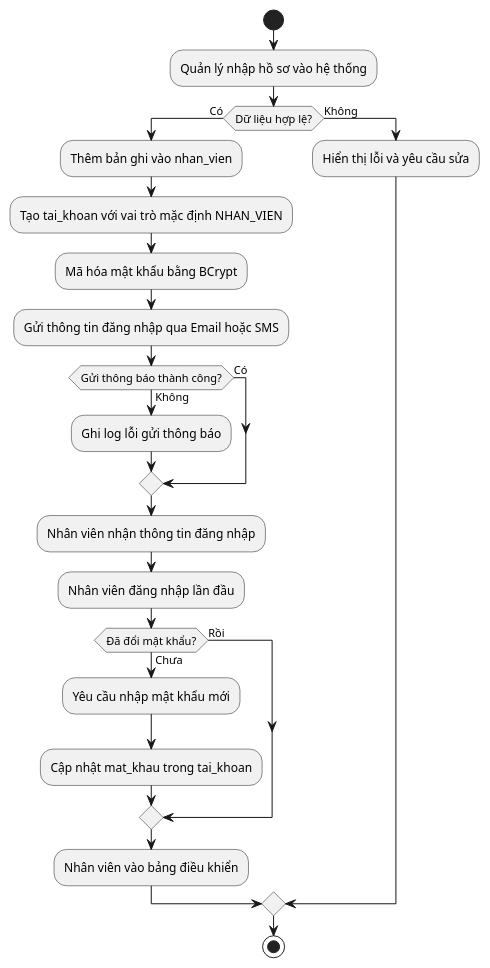
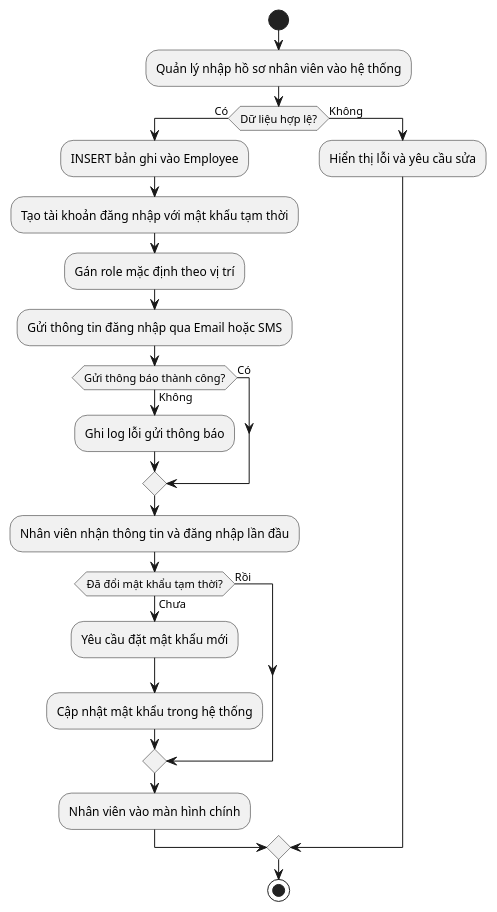
The third of 4 diagrams in chapters/Ch09_CHƯƠNG_7_NGHIÊN_CỨU_CHUYÊN_SÂU_—_USE_CA.md (Elkayee/doc-automation-suite), drawn with PlantUML before and after one commit. The commit also changed other lines of this file and 4 other files, not shown here.

````diff
--- a/chapters/Ch09_CHƯƠNG_7_NGHIÊN_CỨU_CHUYÊN_SÂU_—_USE_CA.md
+++ b/chapters/Ch09_CHƯƠNG_7_NGHIÊN_CỨU_CHUYÊN_SÂU_—_USE_CA.md
@@ -163,27 +160,26 @@
 ```plantuml
 @startuml
 start
-:Quản lý nhập hồ sơ vào hệ thống;
+:Quản lý nhập hồ sơ nhân viên vào hệ thống;
 if (Dữ liệu hợp lệ?) then (Có)
-  :Thêm bản ghi vào nhan_vien;
-  :Tạo tai_khoan với vai trò mặc định NHAN_VIEN;
-  :Mã hóa mật khẩu bằng BCrypt;
+  :INSERT bản ghi vào Employee;
+  :Tạo tài khoản đăng nhập với mật khẩu tạm thời;
+  :Gán role mặc định theo vị trí;
   :Gửi thông tin đăng nhập qua Email hoặc SMS;
   if (Gửi thông báo thành công?) then (Có)
   else (Không)
     :Ghi log lỗi gửi thông báo;
   endif
-  :Nhân viên nhận thông tin đăng nhập;
-  :Nhân viên đăng nhập lần đầu;
-  if (Đã đổi mật khẩu?) then (Rồi)
+  :Nhân viên nhận thông tin và đăng nhập lần đầu;
+  if (Đã đổi mật khẩu tạm thời?) then (Rồi)
   else (Chưa)
-    :Yêu cầu nhập mật khẩu mới;
-    :Cập nhật mat_khau trong tai_khoan;
+    :Yêu cầu đặt mật khẩu mới;
+    :Cập nhật mật khẩu trong hệ thống;
   endif
-  :Nhân viên vào bảng điều khiển;
+  :Nhân viên vào màn hình chính;
 else (Không)
   :Hiển thị lỗi và yêu cầu sửa;
 endif
 stop
 @enduml
 ```
````
